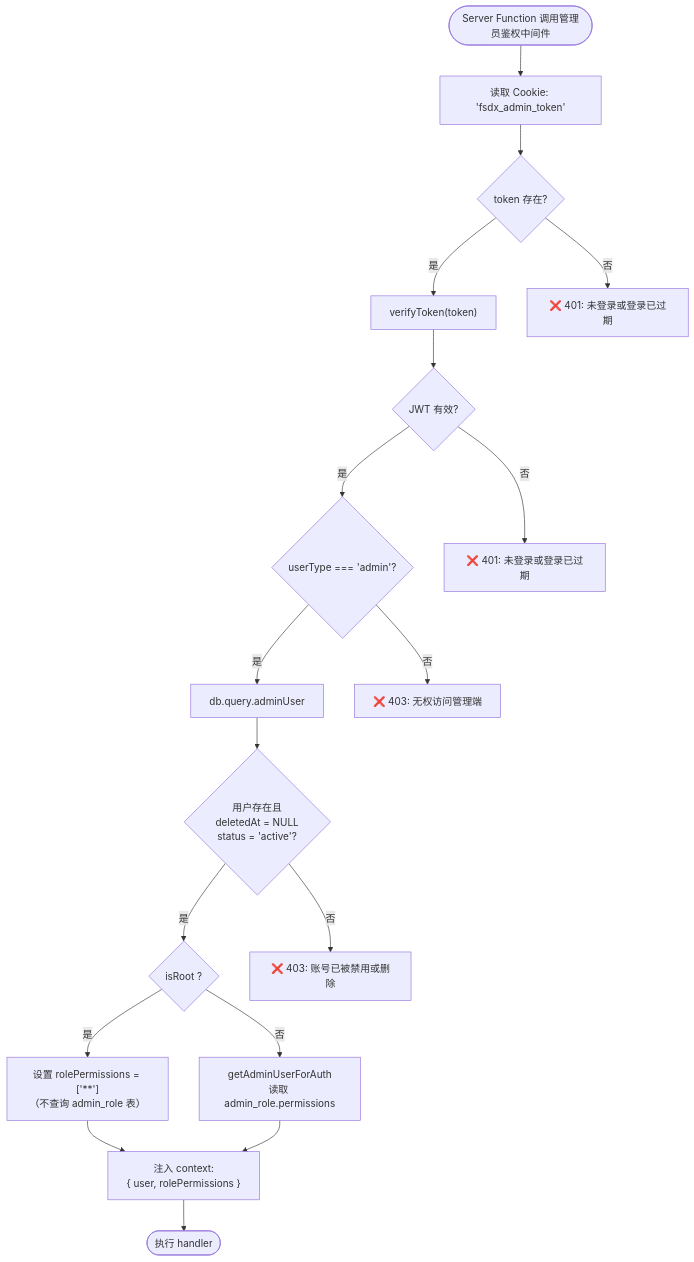
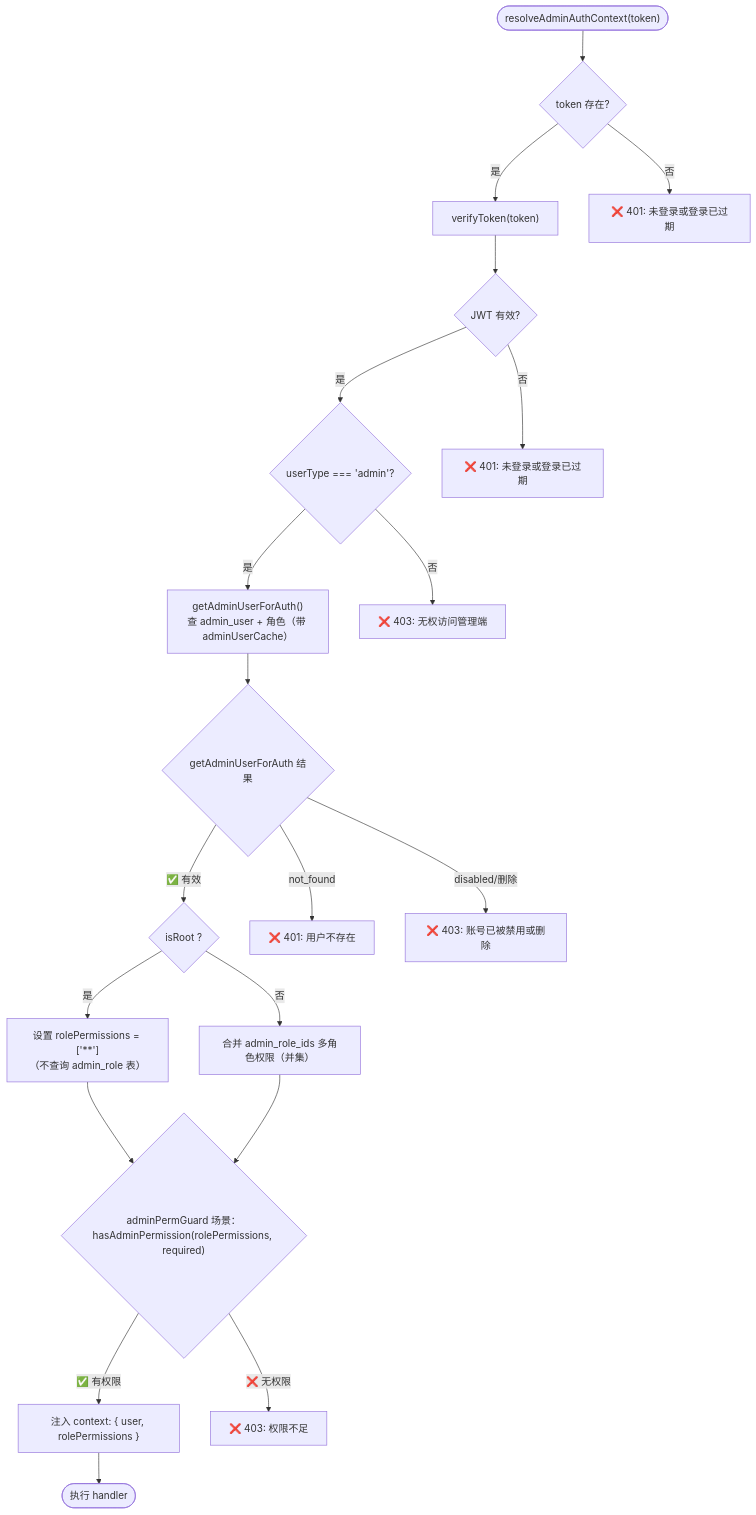
Before and after one commit to easyx-dev/fsdx: the fifth of 6 diagrams in docs/auth-permission-model.md, drawn with Mermaid. The commit also changed other lines of this file and 20 other files, not shown here.

````diff
--- a/docs/auth-permission-model.md
+++ b/docs/auth-permission-model.md
@@ -381,34 +345,34 @@
 ```mermaid
 flowchart TD
-    Start(["Server Function 调用管理员鉴权中间件"])
-    GetCookie["读取 Cookie: 'fsdx_admin_token'"]
+    Start(["resolveAdminAuthContext(token)"])
     CheckToken{"token 存在?"}
     VerifyJWT["verifyToken(token)"]
     CheckJWT{"JWT 有效?"}
     CheckType{"userType === 'admin'?"}
-    QueryUser["db.query.adminUser"]
-    CheckUser{"用户存在且<br/>deletedAt = NULL<br/>status = 'active'?"}
+    QueryUser["getAdminUserForAuth()<br/>查 admin_user + 角色（带 adminUserCache）"]
+    CheckUser{"getAdminUserForAuth 结果"}
     CheckRoot{"isRoot ?"}
     SetAllPerms["设置 rolePermissions = ['**']<br/>（不查询 admin_role 表）"]
-    QueryRole["getAdminUserForAuth<br/>读取 admin_role.permissions"]
-    InjectContext["注入 context:<br/>{ user, rolePermissions }"]
+    MergePerms["合并 admin_role_ids 多角色权限（并集）"]
+    CheckPerm{"adminPermGuard 场景：<br/>hasAdminPermission(rolePermissions, required)"}
+    InjectContext["注入 context: { user, rolePermissions }"]
     Proceed(["执行 handler"])
 
-    Start --> GetCookie
-    GetCookie --> CheckToken
+    Start --> CheckToken
     CheckToken -->|否| Err401a["❌ 401: 未登录或登录已过期"]
     CheckToken -->|是| VerifyJWT
     VerifyJWT --> CheckJWT
     CheckJWT -->|否| Err401b["❌ 401: 未登录或登录已过期"]
     CheckJWT -->|是| CheckType
     CheckType -->|否| Err403a["❌ 403: 无权访问管理端"]
     CheckType -->|是| QueryUser
     QueryUser --> CheckUser
-    CheckUser -->|否| Err403b["❌ 403: 账号已被禁用或删除"]
-    CheckUser -->|是| CheckRoot
-    CheckRoot -->|是| SetAllPerms
-    CheckRoot -->|否| QueryRole
-    SetAllPerms --> InjectContext
-    QueryRole --> InjectContext
+    CheckUser -->|"not_found"| Err401c["❌ 401: 用户不存在"]
+    CheckUser -->|"disabled/删除"| Err403b["❌ 403: 账号已被禁用或删除"]
+    CheckUser -->|"✅ 有效"| CheckRoot
+    CheckRoot -->|是| SetAllPerms --> CheckPerm
+    CheckRoot -->|否| MergePerms --> CheckPerm
+    CheckPerm -->|"✅ 有权限"| InjectContext
+    CheckPerm -->|"❌ 无权限"| Err403c["❌ 403: 权限不足"]
     InjectContext --> Proceed
 ```
````
